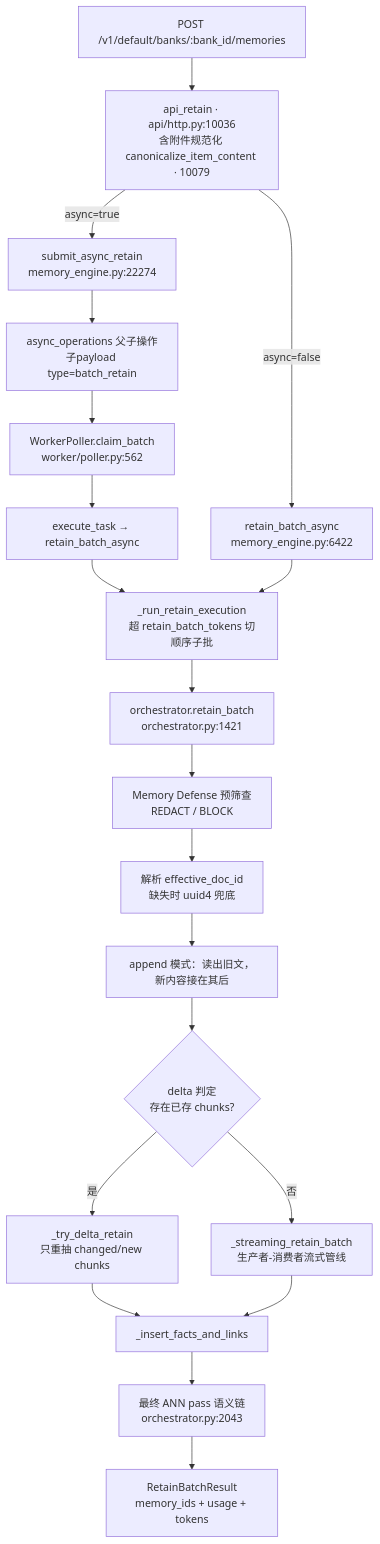
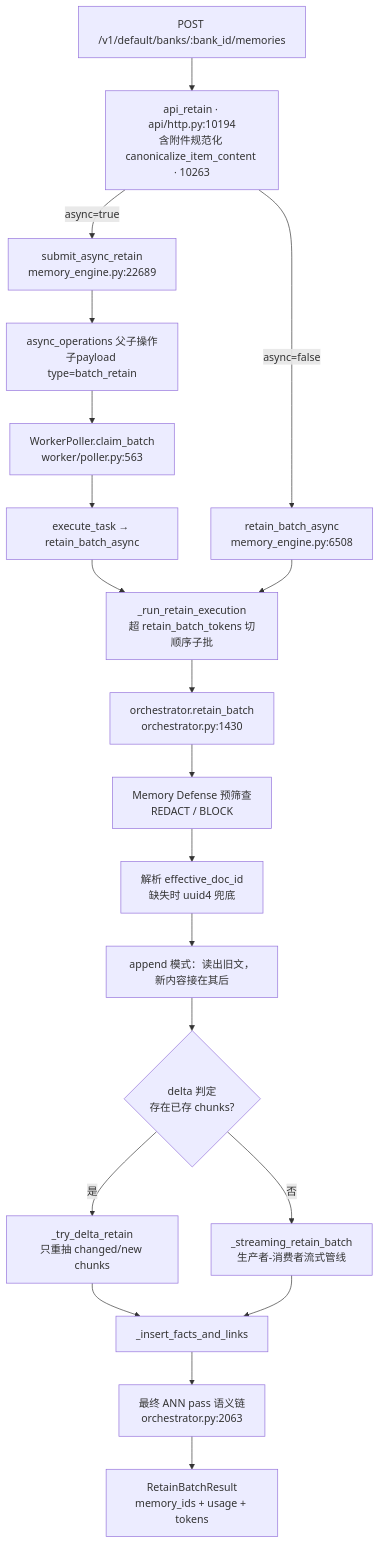
Before and after one commit to stefanv5/memory-platform-architecture: the first of 3 diagrams in docs/hindsight/source-study/02-retain-摄取管线.md, drawn with Mermaid. The commit also changed other lines of this file and 9 other files, not shown here.

````diff
--- a/docs/hindsight/source-study/02-retain-摄取管线.md
+++ b/docs/hindsight/source-study/02-retain-摄取管线.md
@@ -62,22 +62,22 @@
 ```mermaid
 flowchart TD
-    REQ["POST /v1/default/banks/:bank_id/memories"] --> ROUTE["api_retain · api/http.py:10036<br/>含附件规范化 canonicalize_item_content · 10079"]
-    ROUTE -->|"async=true"| SUBMIT["submit_async_retain<br/>memory_engine.py:22274"]
-    ROUTE -->|"async=false"| SYNC["retain_batch_async<br/>memory_engine.py:6422"]
+    REQ["POST /v1/default/banks/:bank_id/memories"] --> ROUTE["api_retain · api/http.py:10194<br/>含附件规范化 canonicalize_item_content · 10263"]
+    ROUTE -->|"async=true"| SUBMIT["submit_async_retain<br/>memory_engine.py:22689"]
+    ROUTE -->|"async=false"| SYNC["retain_batch_async<br/>memory_engine.py:6508"]
     SUBMIT --> OPS["async_operations 父子操作<br/>子payload type=batch_retain"]
-    OPS --> POLL["WorkerPoller.claim_batch<br/>worker/poller.py:562"]
+    OPS --> POLL["WorkerPoller.claim_batch<br/>worker/poller.py:563"]
     POLL --> EXEC["execute_task → retain_batch_async"]
     EXEC --> SPLIT
     SYNC --> SPLIT["_run_retain_execution<br/>超 retain_batch_tokens 切顺序子批"]
-    SPLIT --> ORCH["orchestrator.retain_batch<br/>orchestrator.py:1421"]
+    SPLIT --> ORCH["orchestrator.retain_batch<br/>orchestrator.py:1430"]
     ORCH --> MD["Memory Defense 预筛查<br/>REDACT / BLOCK"]
     MD --> DOCID["解析 effective_doc_id<br/>缺失时 uuid4 兜底"]
     DOCID --> APPEND["append 模式：读出旧文，新内容接在其后"]
     APPEND --> DELTA{"delta 判定<br/>存在已存 chunks?"}
     DELTA -->|"是"| DPATH["_try_delta_retain<br/>只重抽 changed/new chunks"]
     DELTA -->|"否"| STREAM["_streaming_retain_batch<br/>生产者-消费者流式管线"]
     DPATH --> LK["_insert_facts_and_links"]
     STREAM --> LK
-    LK --> ANN["最终 ANN pass 语义链<br/>orchestrator.py:2043"]
+    LK --> ANN["最终 ANN pass 语义链<br/>orchestrator.py:2063"]
     ANN --> OUT["RetainBatchResult<br/>memory_ids + usage + tokens"]
 ```
````
